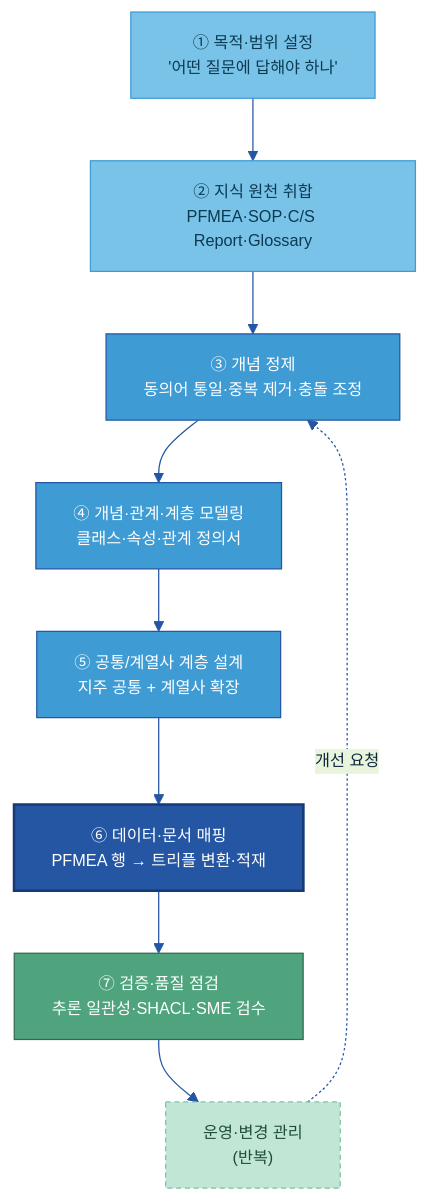
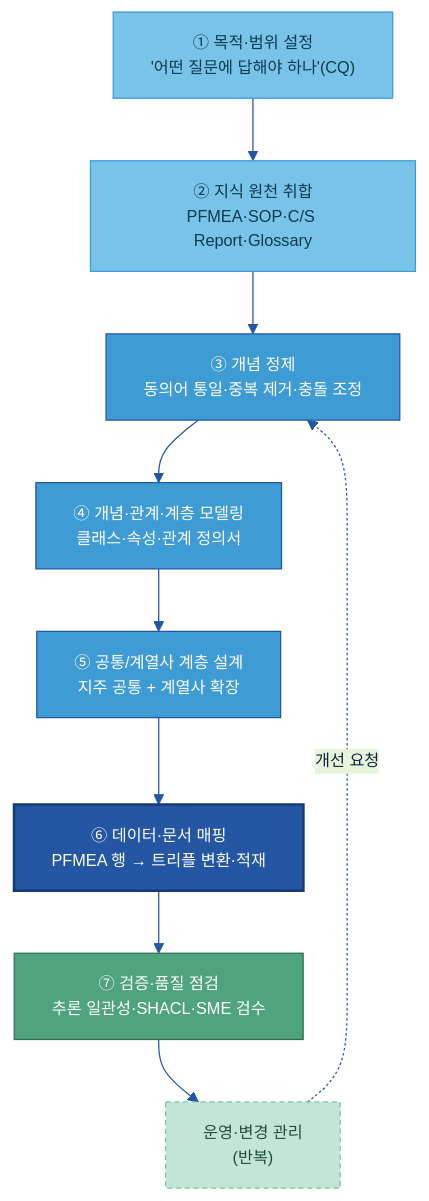
One commit to jin-kearney/ai-ready-data-manual changed the ninth of 11 diagrams in 가이드 작성/B-3 온톨로지/B-3 온톨로지.md. Above: the diagram before and after it, drawn with Mermaid. The commit also changed other lines of this file and 2 other files, not shown here.

````diff
--- a/가이드 작성/B-3 온톨로지/B-3 온톨로지.md
+++ b/가이드 작성/B-3 온톨로지/B-3 온톨로지.md
@@ -654,21 +827,21 @@
 ```mermaid
 %%{init: {'theme':'base','themeVariables':{'primaryColor':'#DCE8F5','primaryBorderColor':'#2456A4','primaryTextColor':'#10243f','lineColor':'#2456A4','clusterBkg':'#EEF4FB','clusterBorder':'#6B9AD1','fontSize':'13px'}}}%%
 flowchart TB
-    S1["① 목적·범위 설정\n'어떤 질문에 답해야 하나'"]:::src
+    S1["① 목적·범위 설정\n'어떤 질문에 답해야 하나'(CQ)"]:::src
     S2["② 지식 원천 취합\nPFMEA·SOP·C/S Report·Glossary"]:::src
     S3["③ 개념 정제\n동의어 통일·중복 제거·충돌 조정"]:::gate
     S4["④ 개념·관계·계층 모델링\n클래스·속성·관계 정의서"]:::gate
     S5["⑤ 공통/계열사 계층 설계\n지주 공통 + 계열사 확장"]:::gate
     S6["⑥ 데이터·문서 매핑\nPFMEA 행 → 트리플 변환·적재"]:::cat
     S7["⑦ 검증·품질 점검\n추론 일관성·SHACL·SME 검수"]:::loop
     S8["운영·변경 관리\n(반복)"]:::cross
     S1 --> S2 --> S3 --> S4 --> S5 --> S6 --> S7 --> S8
     S8 -.->|"개선 요청"| S3
 
     classDef n fill:#B7CDE6,stroke:#6B9AD1,color:#10243f;
     classDef src fill:#79C3E8,stroke:#3F9BD4,color:#0b3a52;
     classDef gate fill:#3F9BD4,stroke:#2456A4,color:#fff;
     classDef cat fill:#2456A4,color:#fff,stroke:#163a73,stroke-width:2px;
     classDef loop fill:#4FA47D,stroke:#2f6b50,color:#fff;
     classDef cross fill:#C2E6D6,stroke:#7CC2A7,color:#1f4d3a,stroke-dasharray:4 3;
 ```
````
